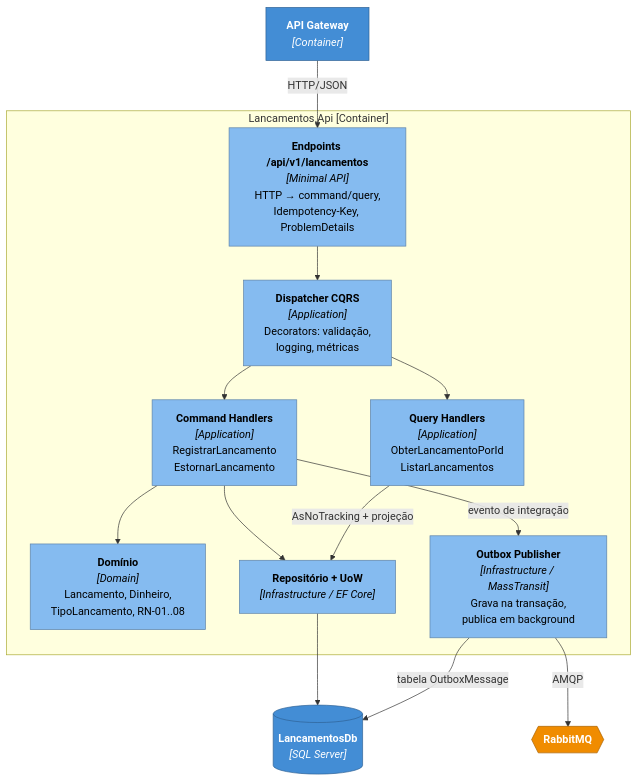
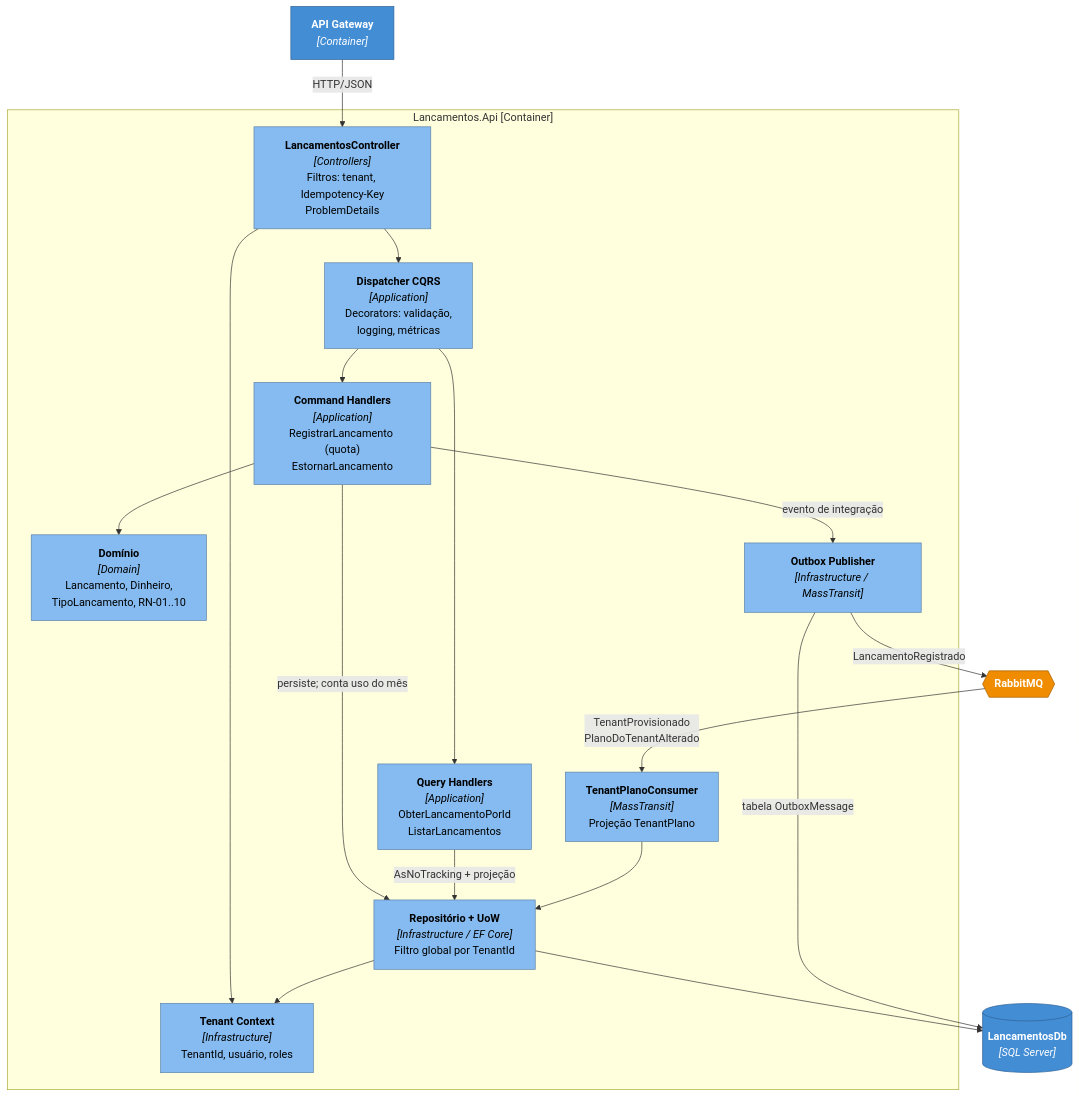
One commit to igorwaterloo/Verx-desafio20260922 changed the fourth of 6 diagrams in docs/architecture/c4-3-componentes.md. Above: the diagram before and after it, drawn with Mermaid. The commit also changed other lines of this file and 3 other files, not shown here.

First line of the commit message:
docs(c4): atualiza diagramas para SaaS

````diff
--- a/docs/architecture/c4-3-componentes.md
+++ b/docs/architecture/c4-3-componentes.md
@@ -31,36 +105,42 @@
 ```mermaid
 flowchart TB
     gateway["<b>API Gateway</b><br/><i>[Container]</i>"]
+    broker{{"<b>RabbitMQ</b>"}}
 
     subgraph lapi["Lancamentos.Api [Container]"]
-        endpoints["<b>Endpoints /api/v1/lancamentos</b><br/><i>[Minimal API]</i><br/>HTTP → command/query,<br/>Idempotency-Key, ProblemDetails"]
+        ctrl["<b>LancamentosController</b><br/><i>[Controllers]</i><br/>Filtros: tenant, Idempotency-Key<br/>ProblemDetails"]
+        tctx["<b>Tenant Context</b><br/><i>[Infrastructure]</i><br/>TenantId, usuário, roles"]
         dispatcher["<b>Dispatcher CQRS</b><br/><i>[Application]</i><br/>Decorators: validação,<br/>logging, métricas"]
-        cmd["<b>Command Handlers</b><br/><i>[Application]</i><br/>RegistrarLancamento<br/>EstornarLancamento"]
+        cmd["<b>Command Handlers</b><br/><i>[Application]</i><br/>RegistrarLancamento (quota)<br/>EstornarLancamento"]
         qry["<b>Query Handlers</b><br/><i>[Application]</i><br/>ObterLancamentoPorId<br/>ListarLancamentos"]
-        dom["<b>Domínio</b><br/><i>[Domain]</i><br/>Lancamento, Dinheiro,<br/>TipoLancamento, RN-01..08"]
-        repo["<b>Repositório + UoW</b><br/><i>[Infrastructure / EF Core]</i>"]
-        outbox["<b>Outbox Publisher</b><br/><i>[Infrastructure / MassTransit]</i><br/>Grava na transação,<br/>publica em background"]
+        dom["<b>Domínio</b><br/><i>[Domain]</i><br/>Lancamento, Dinheiro,<br/>TipoLancamento, RN-01..10"]
+        repo["<b>Repositório + UoW</b><br/><i>[Infrastructure / EF Core]</i><br/>Filtro global por TenantId"]
+        outbox["<b>Outbox Publisher</b><br/><i>[Infrastructure / MassTransit]</i>"]
+        planoc["<b>TenantPlanoConsumer</b><br/><i>[MassTransit]</i><br/>Projeção TenantPlano"]
     end
 
     ldb[("<b>LancamentosDb</b><br/><i>[SQL Server]</i>")]
-    broker{{"<b>RabbitMQ</b>"}}
 
-    gateway -- "HTTP/JSON" --> endpoints
-    endpoints --> dispatcher
+    gateway -- "HTTP/JSON" --> ctrl
+    ctrl --> tctx
+    ctrl --> dispatcher
     dispatcher --> cmd
     dispatcher --> qry
     cmd --> dom
-    cmd --> repo
+    cmd -- "persiste; conta uso do mês" --> repo
     cmd -- "evento de integração" --> outbox
     qry -- "AsNoTracking + projeção" --> repo
+    repo --> tctx
     repo --> ldb
     outbox -- "tabela OutboxMessage" --> ldb
-    outbox -- "AMQP" --> broker
+    outbox -- "LancamentoRegistrado" --> broker
+    broker -- "TenantProvisionado<br/>PlanoDoTenantAlterado" --> planoc
+    planoc --> repo
 
     classDef comp fill:#85bbf0,stroke:#5d82a8,color:#000
     classDef ext fill:#438dd5,stroke:#2e6295,color:#fff
     classDef queue fill:#f08c00,stroke:#a86200,color:#fff
-    class endpoints,dispatcher,cmd,qry,dom,repo,outbox comp
+    class ctrl,tctx,dispatcher,cmd,qry,dom,repo,outbox,planoc comp
     class gateway,ldb ext
     class broker queue
 ```
````
